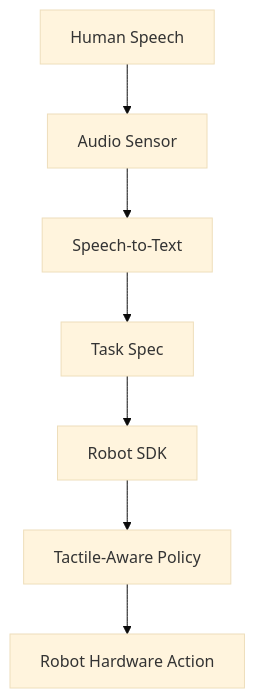
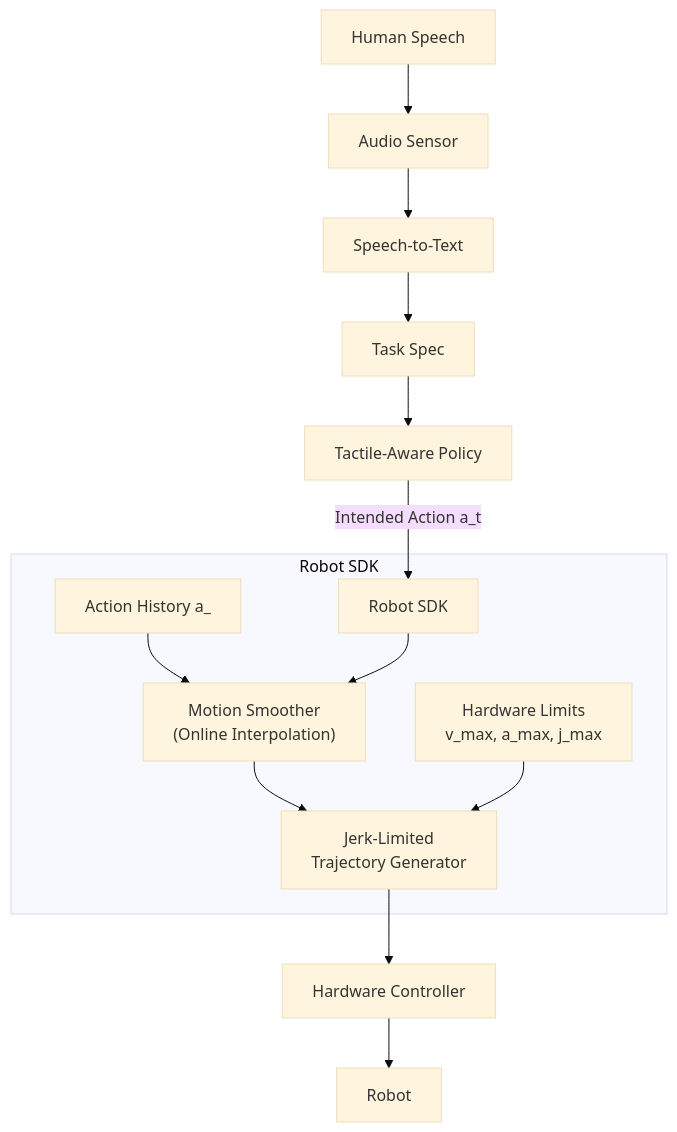
The ninth of 11 diagrams in docs/specs/post-demo/lunch_robotics.md (Freelunch-AI/freelunch-ide), drawn with Mermaid (base theme) before and after one commit. The commit also changed other lines of this file, not shown here.

````diff
--- a/docs/specs/post-demo/lunch_robotics.md
+++ b/docs/specs/post-demo/lunch_robotics.md
@@ -445,9 +397,19 @@
 ```mermaid
 flowchart TD
     A["Human Speech"] --> B["Audio Sensor"]
     B --> C["Speech-to-Text"]
     C --> D["Task Spec"]
-    D --> E["Robot SDK"]
-    E --> F["Tactile-Aware Policy"]
-    F --> G["Robot Hardware Action"]
+    D --> E["Tactile-Aware Policy"]
+    
+    E -->|Intended Action a_t| F["Robot SDK"]
+    
+    subgraph SDK["Robot SDK"]
+        G["Action History a_<t"] --> H
+        F --> H["Motion Smoother<br/>(Online Interpolation)"]
+        H --> I["Jerk-Limited<br/>Trajectory Generator"]
+        J["Hardware Limits<br/>v_max, a_max, j_max"] --> I
+    end
+    
+    I --> K["Hardware Controller"]
+    K --> L["Robot"]
 ```
````
